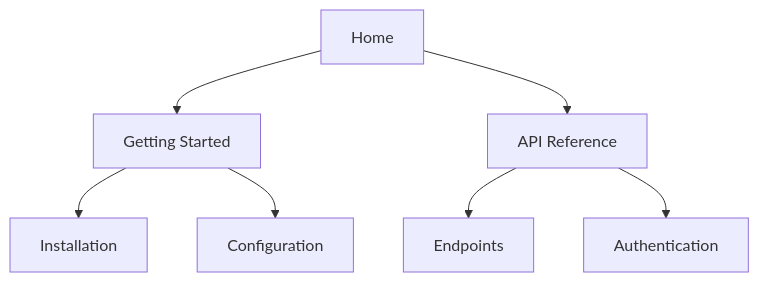
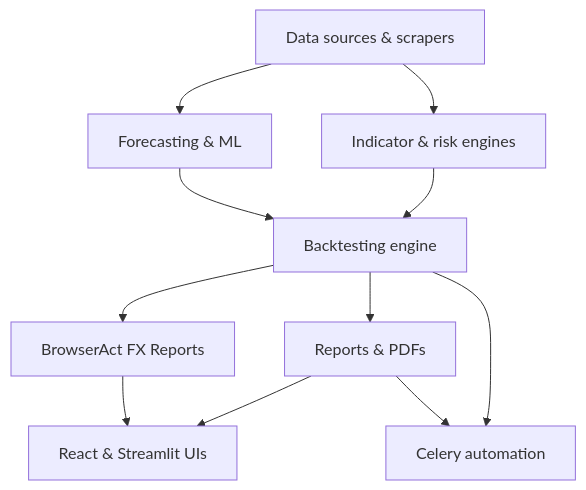
Before and after one commit to craigjlewis/documentationai-Docs: the diagram in features.mdx, drawn with Mermaid. The commit also changed other lines of this file and 24 other files, not shown here.

````diff
--- a/features.mdx
+++ b/features.mdx
@@ -29,9 +177,13 @@
 ```mermaid
 graph TD
-    A[Home] --> B[Getting Started]
-    A --> C[API Reference]
-    B --> D[Installation]
-    B --> E[Configuration]
-    C --> F[Endpoints]
-    C --> G[Authentication]
+  A[Data sources & scrapers] --> B[Indicator & risk engines]
+  A --> C[Forecasting & ML]
+  B --> D[Backtesting engine]
+  C --> D
+  D --> E[Reports & PDFs]
+  D --> F[BrowserAct FX Reports]
+  E --> G[React & Streamlit UIs]
+  F --> G
+  D --> H[Celery automation]
+  E --> H
 ```
````
